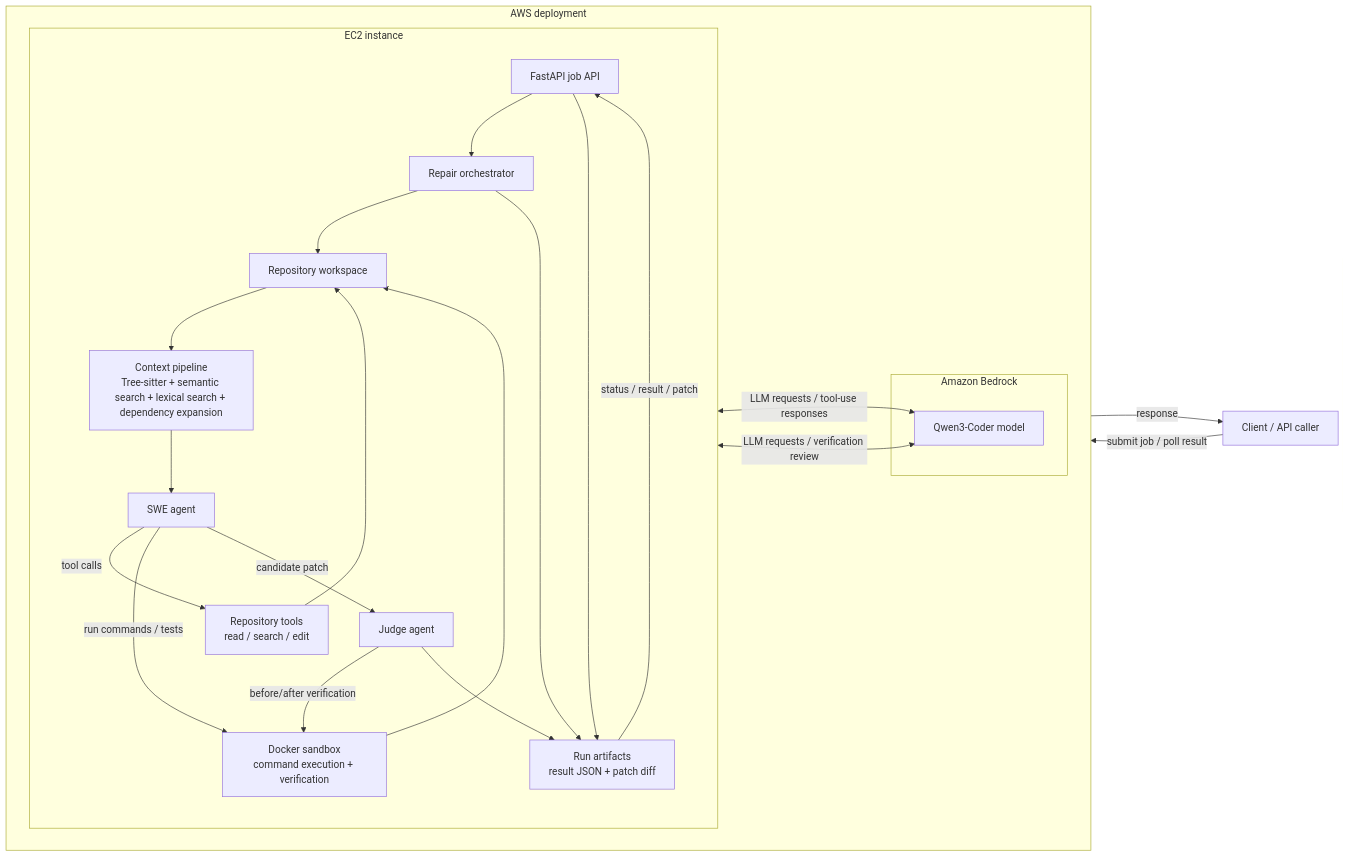
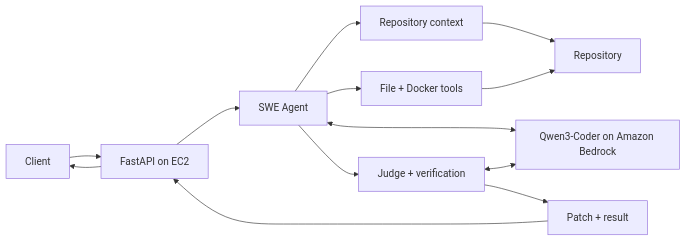
One commit to mpopov576/swe_agent changed the diagram in README.md. Above: the diagram before and after it, drawn with Mermaid.

````diff
--- a/README.md
+++ b/README.md
@@ -14,51 +14,18 @@
 ```mermaid
 flowchart LR
-    User[Client / API caller]
+    Client[Client] --> API[FastAPI on EC2]
+    API --> Agent[SWE Agent]
 
-    subgraph AWS["AWS deployment"]
-        direction LR
+    Agent --> Context[Repository context]
+    Agent --> Tools[File + Docker tools]
+    Agent --> Judge[Judge + verification]
 
-        subgraph EC2["EC2 instance"]
-            direction TB
+    Agent <--> Model[Qwen3-Coder on Amazon Bedrock]
+    Judge <--> Model
 
-            API[FastAPI job API]
-            Orch[Repair orchestrator]
-            Repo[Repository workspace]
-            Ctx[Context pipeline<br/>Tree-sitter + semantic search + lexical search + dependency expansion]
-            Agent[SWE agent]
-            Judge[Judge agent]
-            Tools[Repository tools<br/>read / search / edit]
-            Sandbox[Docker sandbox<br/>command execution + verification]
-            Artifacts[Run artifacts<br/>result JSON + patch diff]
-        end
-
-        subgraph Bedrock["Amazon Bedrock"]
-            Model[Qwen3-Coder model]
-        end
-    end
-
-    User -->|submit job / poll result| API
-    API --> Orch
-
-    Orch --> Repo
-    Repo --> Ctx
-    Ctx --> Agent
-
-    Agent -->|tool calls| Tools
+    Context --> Repo[Repository]
     Tools --> Repo
-
-    Agent -->|run commands / tests| Sandbox
-    Sandbox --> Repo
-
-    Agent -->|candidate patch| Judge
-    Judge -->|before/after verification| Sandbox
-
-    Agent <--> |LLM requests / tool-use responses| Model
-    Judge <--> |LLM requests / verification review| Model
-
-    Orch --> Artifacts
-    Judge --> Artifacts
-    API --> Artifacts
-    Artifacts -->|status / result / patch| API
-    API -->|response| User
+    Judge --> Patch[Patch + result]
+    Patch --> API
+    API --> Client
 ```
````
